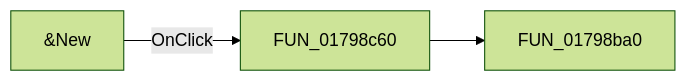
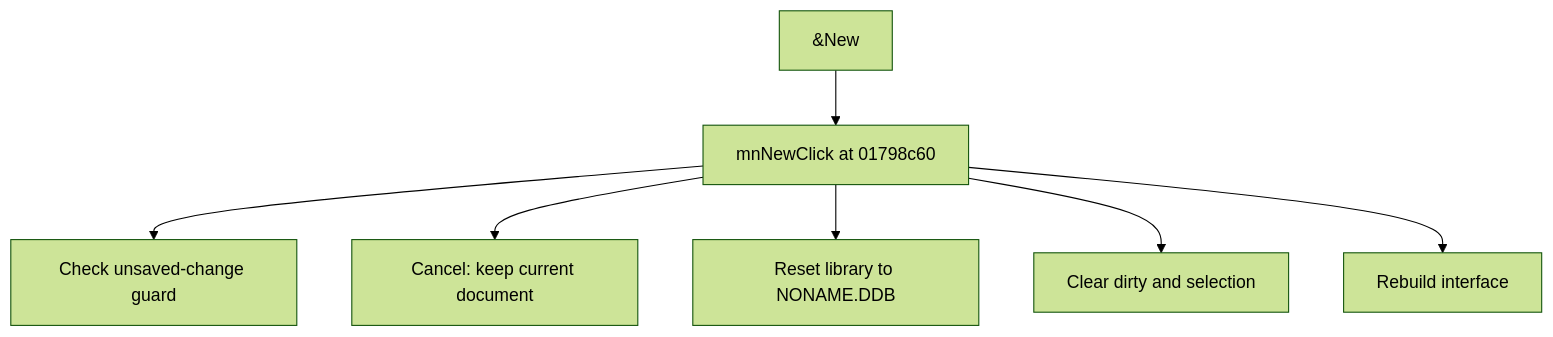
The diagram in docs/ui-controls/shapeedit/mnnew-8dfdfa055d.md (MovGP0/TIARA), drawn with Mermaid (forest theme) before and after one commit. The commit also changed other lines of this file and 1062 other files, not shown here.

````diff
--- a/docs/ui-controls/shapeedit/mnnew-8dfdfa055d.md
+++ b/docs/ui-controls/shapeedit/mnnew-8dfdfa055d.md
@@ -27,5 +25,9 @@
 ```mermaid
-flowchart LR
-    control["&New"] -->|OnClick| handler["FUN_01798c60"]
-    handler --> call1["FUN_01798ba0"]
+flowchart TD
+    control["&New"] --> handler["mnNewClick at 01798c60"]
+    handler --> step1["Check unsaved-change guard"]
+    handler --> step2["Cancel: keep current document"]
+    handler --> step3["Reset library to NONAME.DDB"]
+    handler --> step4["Clear dirty and selection"]
+    handler --> step5["Rebuild interface"]
 ```
````
